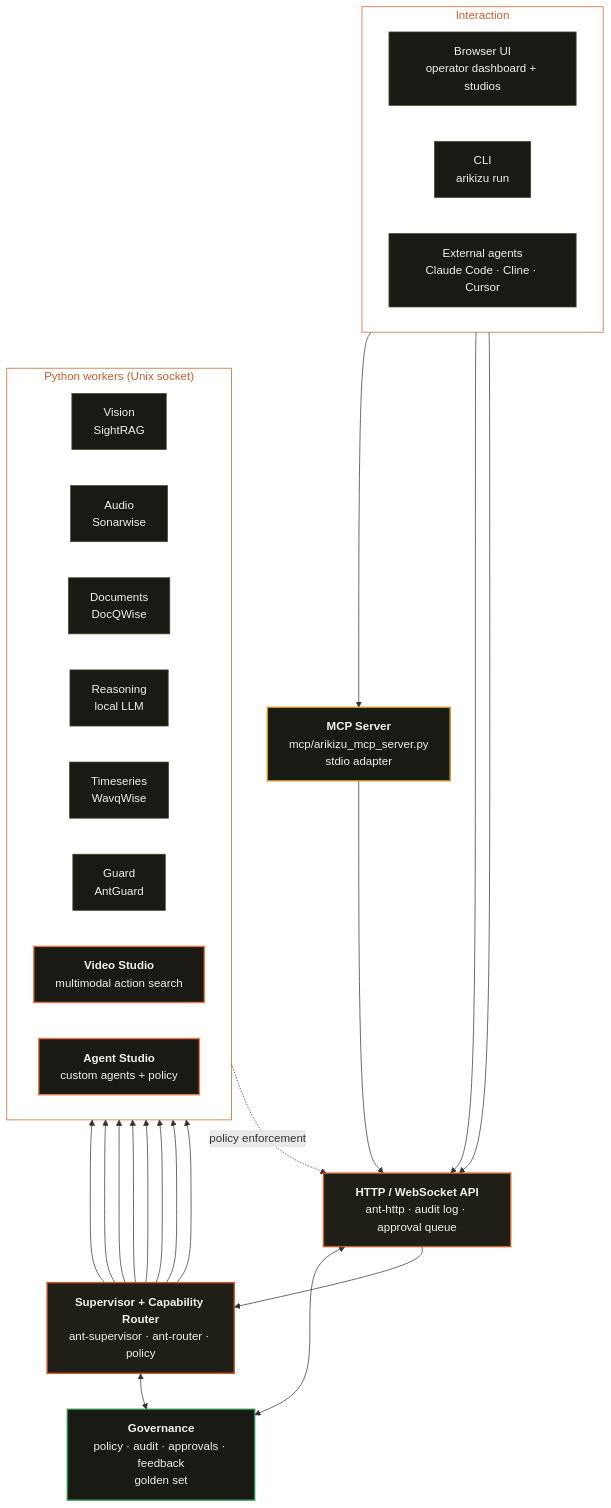
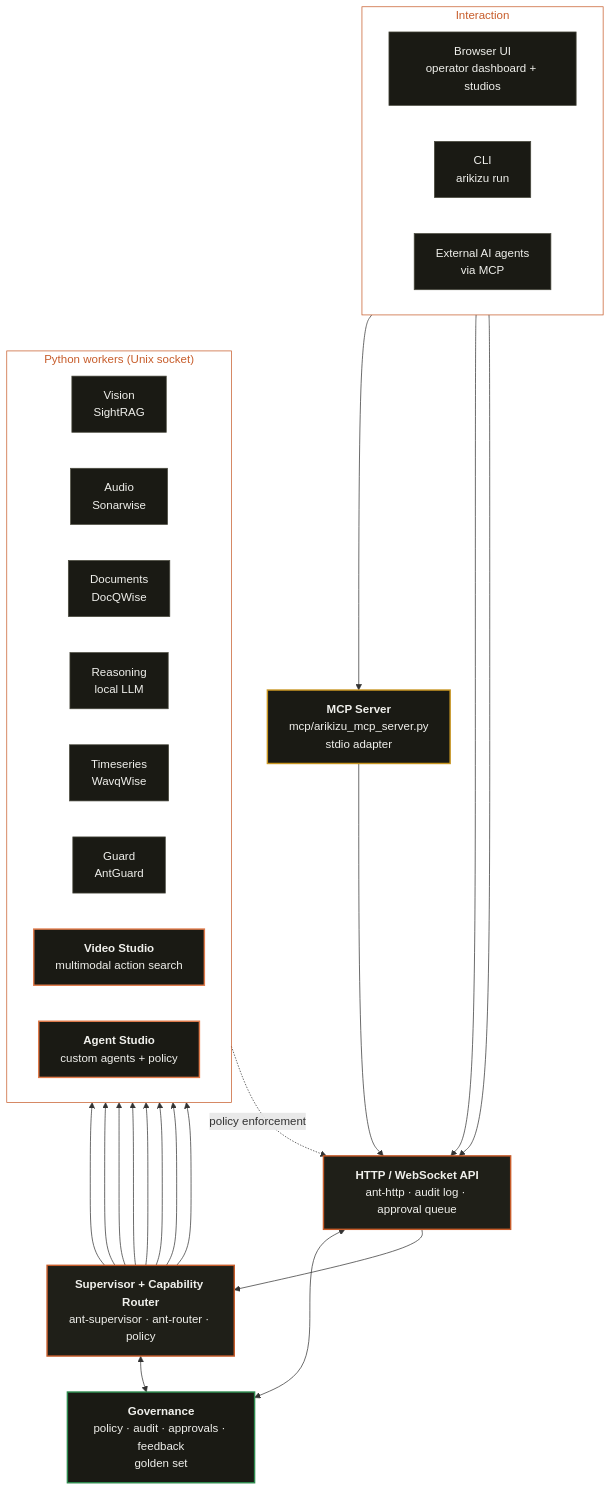
The diagram in README.md (VK-Ant/arikizu), drawn with Mermaid before and after one commit. The commit also changed other lines of this file and 32 other files, not shown here.

````diff
--- a/README.md
+++ b/README.md
@@ -708,59 +709,59 @@
 ```mermaid
 flowchart TB
     subgraph INTERACTION[" Interaction "]
         direction LR
         UI["Browser UI<br/>operator dashboard + studios"]
         CLI["CLI<br/>arikizu run"]
-        EXT["External agents<br/>Claude Code · Cline · Cursor"]
+        EXT["External AI agents<br/>via MCP"]
     end
 
     MCP["<b>MCP Server</b><br/>mcp/arikizu_mcp_server.py<br/>stdio adapter"]
     HTTP["<b>HTTP / WebSocket API</b><br/>ant-http · audit log · approval queue"]
     SUP["<b>Supervisor + Capability Router</b><br/>ant-supervisor · ant-router · policy"]
 
     subgraph WORKERS[" Python workers (Unix socket) "]
         direction LR
         W1["Vision<br/>SightRAG"]
         W2["Audio<br/>Sonarwise"]
         W3["Documents<br/>DocQWise"]
         W4["Reasoning<br/>local LLM"]
         W5["Timeseries<br/>WavqWise"]
         W6["Guard<br/>AntGuard"]
         W7["<b>Video Studio</b><br/>multimodal action search"]
         W8["<b>Agent Studio</b><br/>custom agents + policy"]
     end
 
     FB["<b>Governance</b><br/>policy · audit · approvals · feedback<br/>golden set"]
 
     UI --> HTTP
     CLI --> HTTP
     EXT --> MCP
     MCP --> HTTP
     HTTP --> SUP
     SUP --> W1
     SUP --> W2
     SUP --> W3
     SUP --> W4
     SUP --> W5
     SUP --> W6
     SUP --> W7
     SUP --> W8
     SUP <--> FB
     HTTP <--> FB
     W8 -.policy enforcement.-> HTTP
 
     classDef zone fill:transparent,stroke:#c75c2a,stroke-width:1px,color:#c75c2a
     classDef runtime fill:#1f1f18,stroke:#c75c2a,stroke-width:2px,color:#f0f0ec
     classDef worker fill:#1a1a14,stroke:#4a4a3e,stroke-width:1px,color:#f0f0ec
     classDef highlight fill:#1a1a14,stroke:#e07a4a,stroke-width:2px,color:#f0f0ec
     classDef trust fill:#1a1a14,stroke:#2d8a4e,stroke-width:2px,color:#f0f0ec
     classDef mcp fill:#1a1a14,stroke:#c89520,stroke-width:2px,color:#f0f0ec
 
     class INTERACTION,WORKERS zone
     class UI,CLI,EXT worker
     class HTTP,SUP runtime
     class W1,W2,W3,W4,W5,W6 worker
     class W7,W8 highlight
     class MCP mcp
     class FB trust
 ```
````
